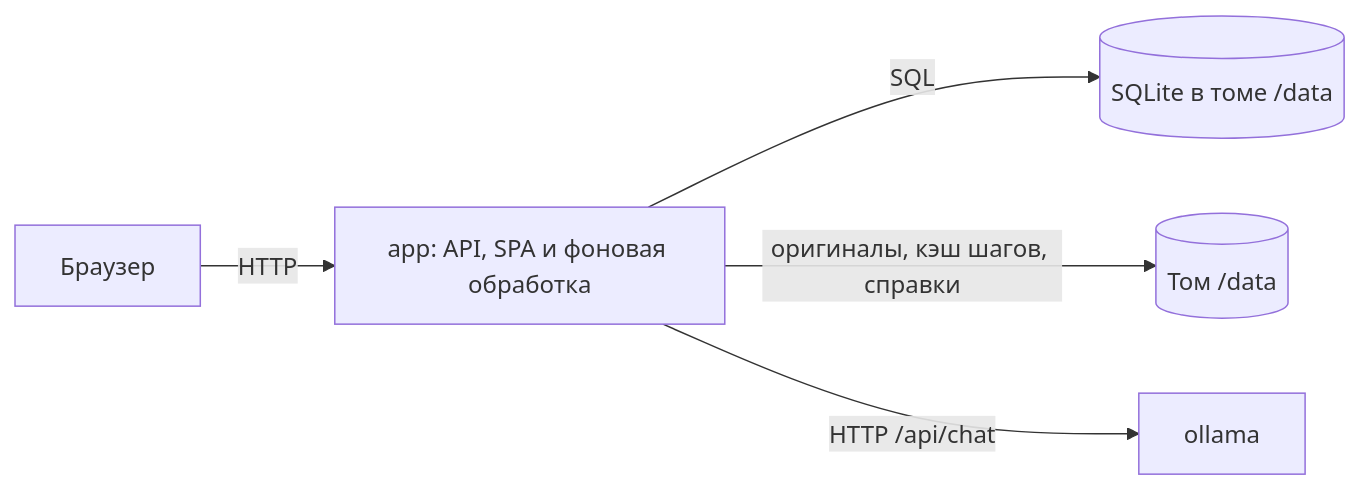
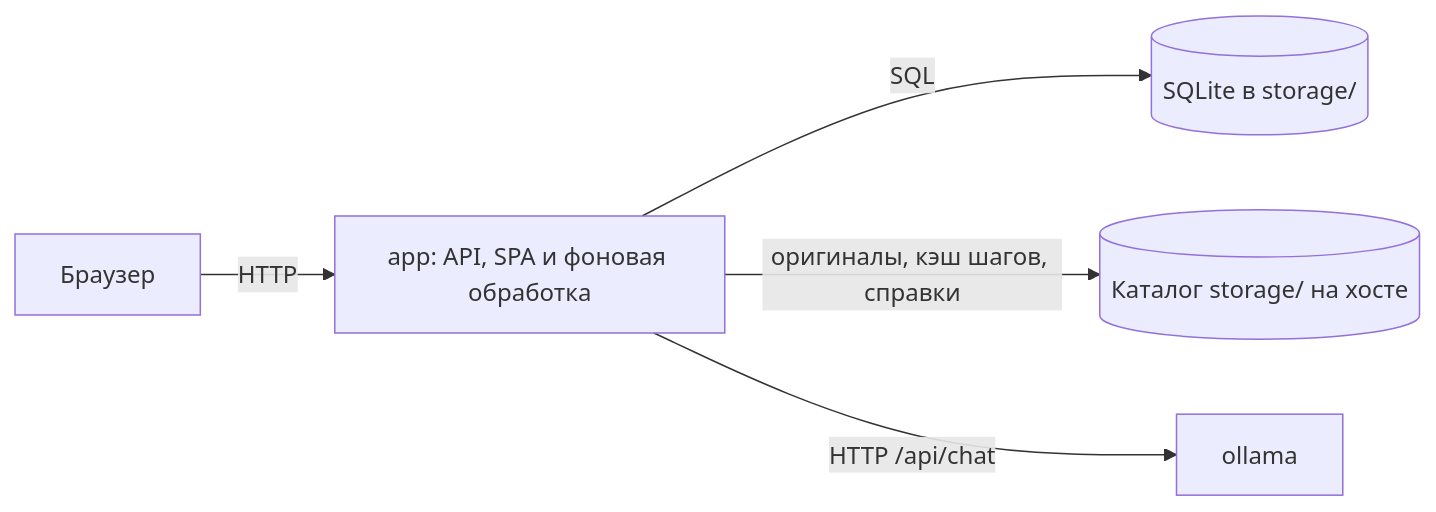
Before and after one commit to B4rb4r1s/Rapporteur: the fourth of 4 diagrams in docs/spec.md, drawn with Mermaid. The commit also changed other lines of this file and 10 other files, not shown here.

First line of the commit message:
feat: хранилище приложения в папке storage/ на хосте

````diff
--- a/docs/spec.md
+++ b/docs/spec.md
@@ -508,7 +508,7 @@
 ```mermaid
 flowchart LR
   BR["Браузер"] -->|HTTP| APP["app: API, SPA и фоновая обработка"]
-  APP -->|SQL| DB[("SQLite в томе /data")]
-  APP -->|"оригиналы, кэш шагов, справки"| VOL[("Том /data")]
+  APP -->|SQL| DB[("SQLite в storage/")]
+  APP -->|"оригиналы, кэш шагов, справки"| VOL[("Каталог storage/ на хосте")]
   APP -->|"HTTP /api/chat"| OLLAMA["ollama"]
 ```
````
